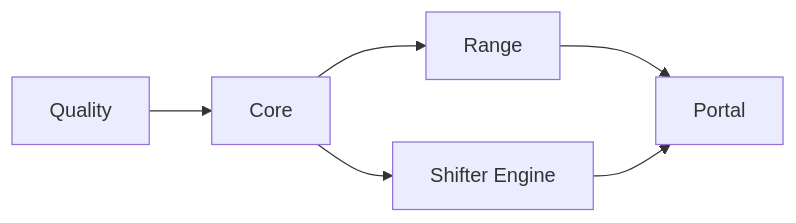
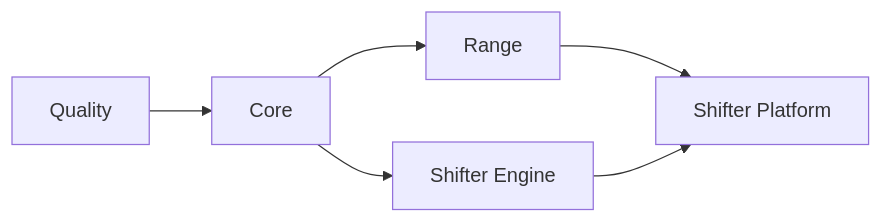
The diagram in shifter/shifter_platform/documentation/docs/technical/platform_infrastructure/cicd.md (PaloAltoNetworks/shifter), drawn with Mermaid before and after one commit. The commit also changed other lines of this file and 36 other files, not shown here.

````diff
--- a/shifter/shifter_platform/documentation/docs/technical/platform_infrastructure/cicd.md
+++ b/shifter/shifter_platform/documentation/docs/technical/platform_infrastructure/cicd.md
@@ -21,8 +21,8 @@
 ```mermaid
 graph LR
     Quality --> Core
     Core --> Range
     Core --> ShifterEngine["Shifter Engine"]
-    Range --> Portal
-    ShifterEngine --> Portal
+    Range --> ShifterPlatform["Shifter Platform"]
+    ShifterEngine --> ShifterPlatform
 ```
````
